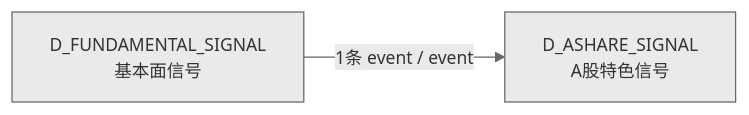
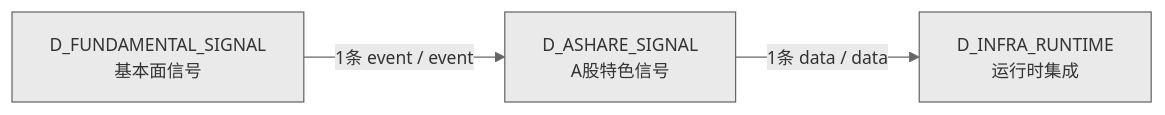
Before and after one commit to xuanFelixVan/ZephyrAlpha: the fourth of 4 diagrams in docs/02_enterprise_architecture/02_domain_architecture_docs/32_d_ashare_signal.md, drawn with Mermaid. The commit also changed other lines of this file and 61 other files, not shown here.

````diff
--- a/docs/02_enterprise_architecture/02_domain_architecture_docs/32_d_ashare_signal.md
+++ b/docs/02_enterprise_architecture/02_domain_architecture_docs/32_d_ashare_signal.md
@@ -182,7 +187,9 @@
 ```mermaid
 %%{init: {'theme': 'base', 'themeVariables': {'primaryColor': '#eaeaea', 'primaryTextColor': '#333333', 'primaryBorderColor': '#666666', 'lineColor': '#666666', 'secondaryColor': '#eaeaea', 'tertiaryColor': '#eaeaea', 'fontSize': '14px'}}}%%
 graph LR
     D_ASHARE_SIGNAL["D_ASHARE_SIGNAL<br/>A股特色信号"]
+    D_INFRA_RUNTIME["D_INFRA_RUNTIME<br/>运行时集成"]
     D_FUNDAMENTAL_SIGNAL["D_FUNDAMENTAL_SIGNAL<br/>基本面信号"]
+    D_ASHARE_SIGNAL -->|1条 data / data| D_INFRA_RUNTIME
     D_FUNDAMENTAL_SIGNAL -->|1条 event / event| D_ASHARE_SIGNAL
 ```
````
